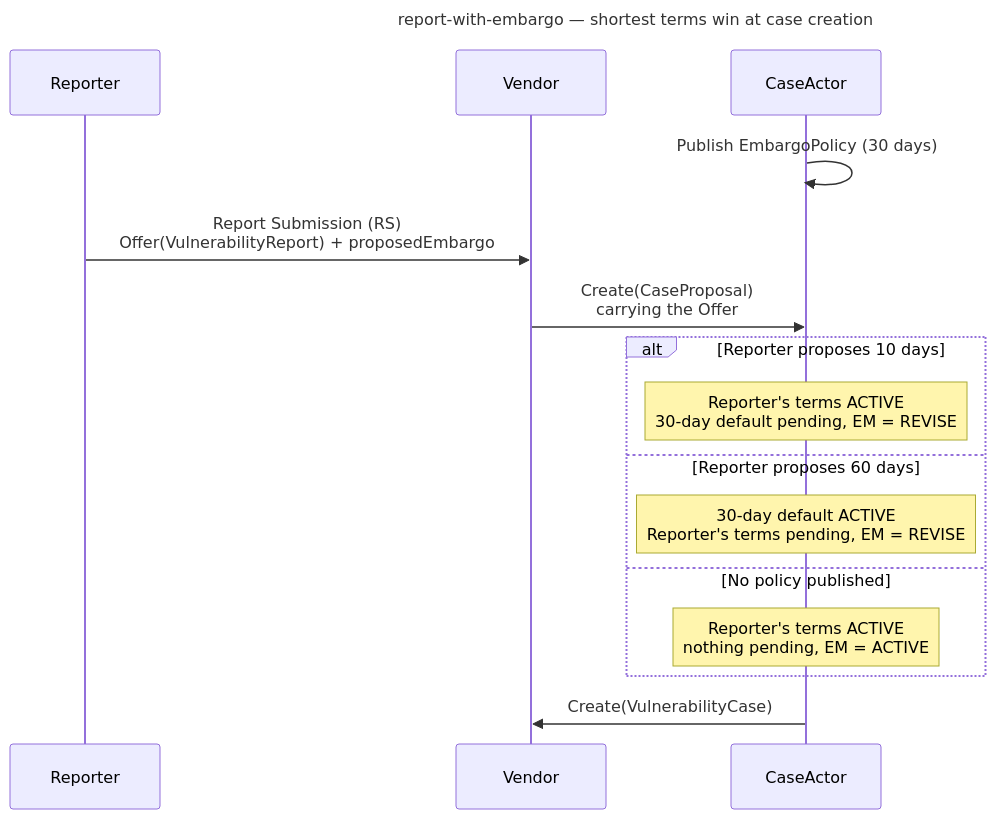
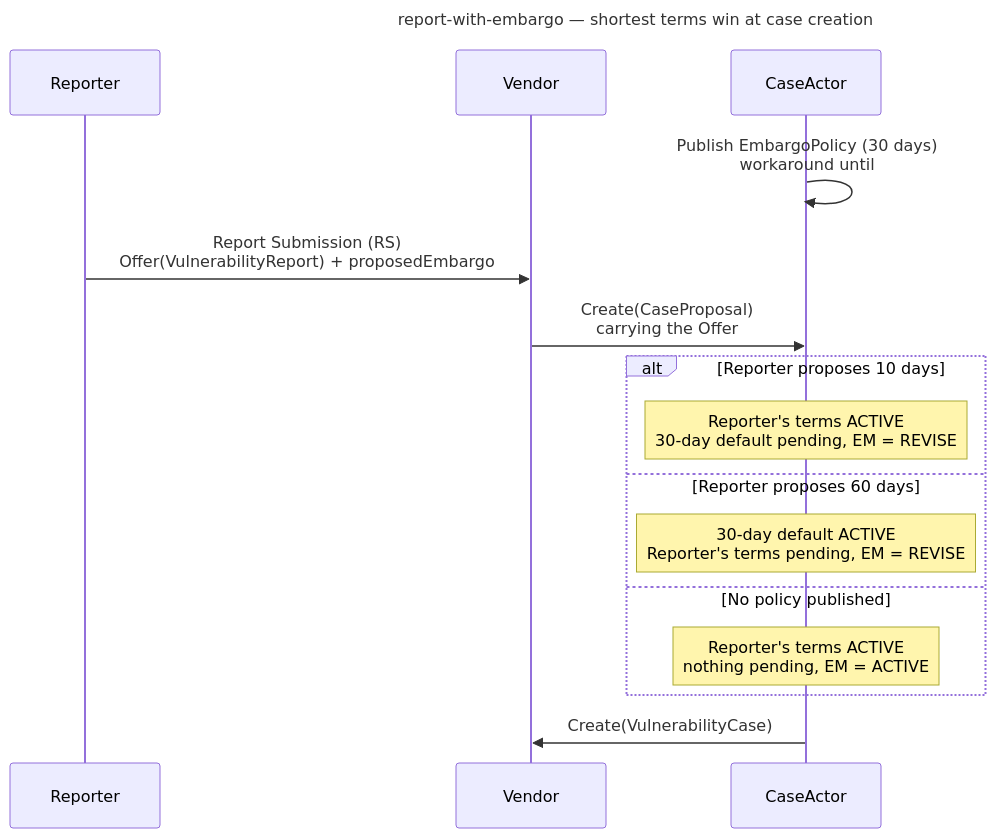
The sixth of 9 diagrams in docs/tutorials/other_demos.md (CERTCC/Vultron), drawn with Mermaid before and after one commit. The commit also changed other lines of this file and 4 other files, not shown here.

First line of the commit message:
docs(demo): mark the CaseActor policy publish as a workaround for #4026/#4027

````diff
--- a/docs/tutorials/other_demos.md
+++ b/docs/tutorials/other_demos.md
@@ -270,21 +271,21 @@
 ```mermaid
 ---
 title: report-with-embargo — shortest terms win at case creation
 ---
 sequenceDiagram
     participant R as Reporter
     participant V as Vendor
     participant CA as CaseActor
 
-    CA->>CA: Publish EmbargoPolicy (30 days)
+    CA->>CA: Publish EmbargoPolicy (30 days)<br/>workaround until #4026/#4027
     R->>V: Report Submission (RS)<br/>Offer(VulnerabilityReport) + proposedEmbargo
     V->>CA: Create(CaseProposal)<br/>carrying the Offer
     alt Reporter proposes 10 days
         Note over CA: Reporter's terms ACTIVE<br/>30-day default pending, EM = REVISE
     else Reporter proposes 60 days
         Note over CA: 30-day default ACTIVE<br/>Reporter's terms pending, EM = REVISE
     else No policy published
         Note over CA: Reporter's terms ACTIVE<br/>nothing pending, EM = ACTIVE
     end
     CA->>V: Create(VulnerabilityCase)
 ```
````
